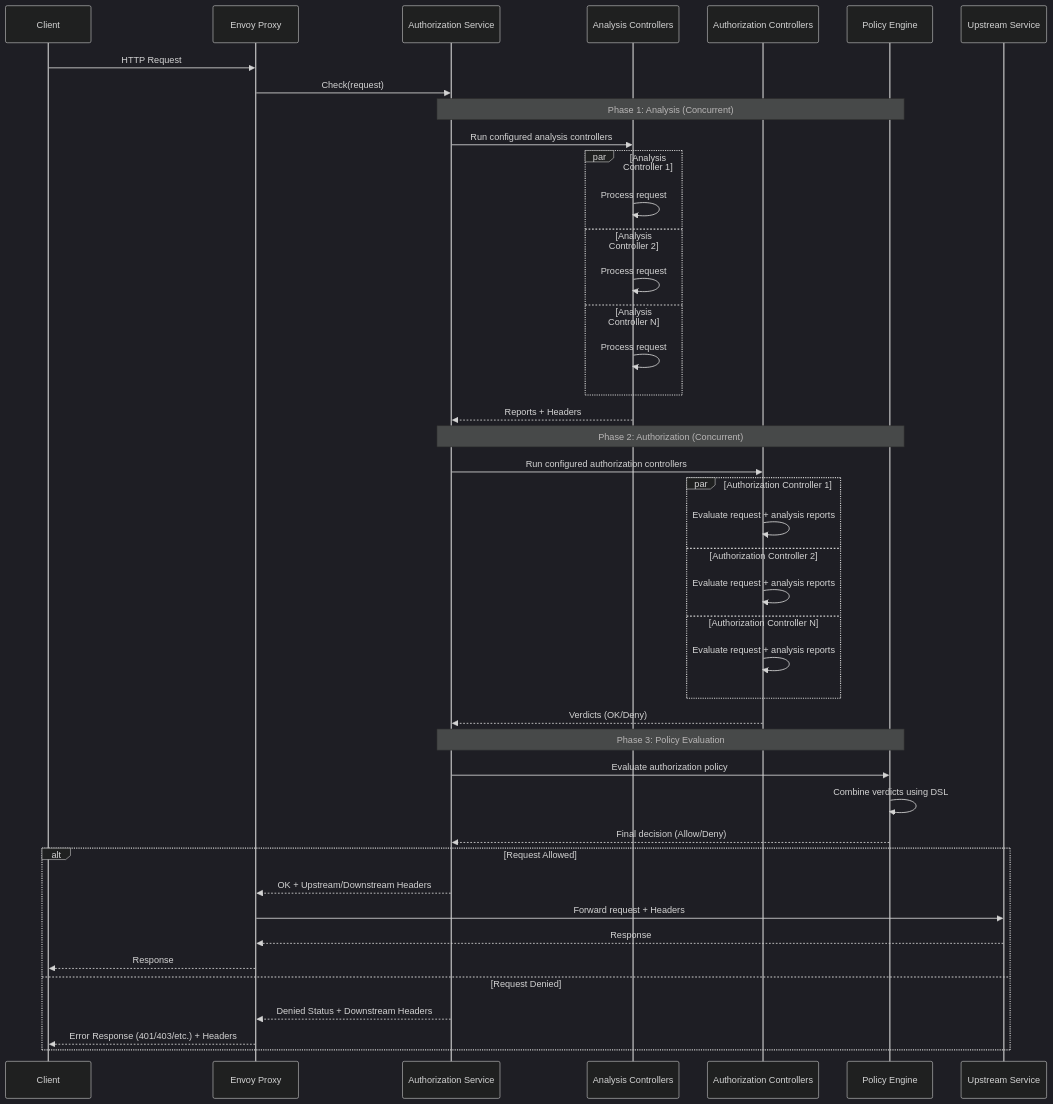
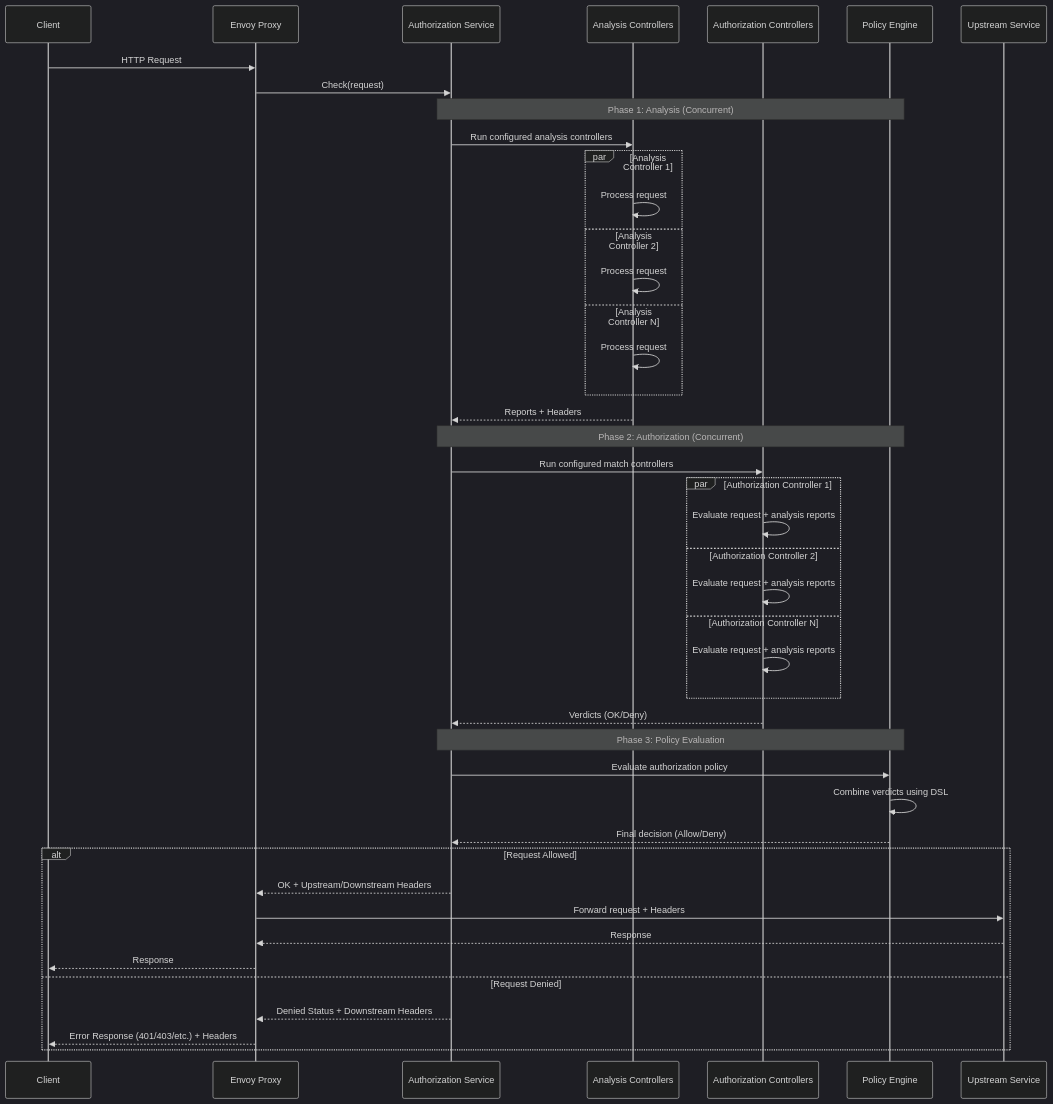
The diagram in docs/architecture.md (gtriggiano/envoy-authorization-service), drawn with Mermaid (dark theme) before and after one commit. The commit also changed other lines of this file and 78 other files, not shown here.

First line of the commit message:
refactor!: rename authorization controllers to match controllers with boolean verdict model (#3)

````diff
--- a/docs/architecture.md
+++ b/docs/architecture.md
@@ -7,50 +7,50 @@
 ```mermaid
 sequenceDiagram
     participant Client
     participant Envoy as Envoy Proxy
     participant AuthService as Authorization Service
     participant Analysis as Analysis Controllers
     participant AuthZ as Authorization Controllers
     participant Policy as Policy Engine
     participant Upstream as Upstream Service
 
     Client->>Envoy: HTTP Request
     Envoy->>AuthService: Check(request)
     
     Note over AuthService,Policy: Phase 1: Analysis (Concurrent)
     AuthService->>Analysis: Run configured analysis controllers
     par Analysis Controller 1
         Analysis->>Analysis: Process request
     and Analysis Controller 2
         Analysis->>Analysis: Process request
     and Analysis Controller N
         Analysis->>Analysis: Process request
     end
     Analysis-->>AuthService: Reports + Headers
     
     Note over AuthService,Policy: Phase 2: Authorization (Concurrent)
-    AuthService->>AuthZ: Run configured authorization controllers
+    AuthService->>AuthZ: Run configured match controllers
     par Authorization Controller 1
         AuthZ->>AuthZ: Evaluate request + analysis reports
     and Authorization Controller 2
         AuthZ->>AuthZ: Evaluate request + analysis reports
     and Authorization Controller N
         AuthZ->>AuthZ: Evaluate request + analysis reports
     end
     AuthZ-->>AuthService: Verdicts (OK/Deny)
     
     Note over AuthService,Policy: Phase 3: Policy Evaluation
     AuthService->>Policy: Evaluate authorization policy
     Policy->>Policy: Combine verdicts using DSL
     Policy-->>AuthService: Final decision (Allow/Deny)
     
     alt Request Allowed
         AuthService-->>Envoy: OK + Upstream/Downstream Headers
         Envoy->>Upstream: Forward request + Headers
         Upstream-->>Envoy: Response
         Envoy-->>Client: Response
     else Request Denied
         AuthService-->>Envoy: Denied Status + Downstream Headers
         Envoy-->>Client: Error Response (401/403/etc.) + Headers
     end
 ```
````
